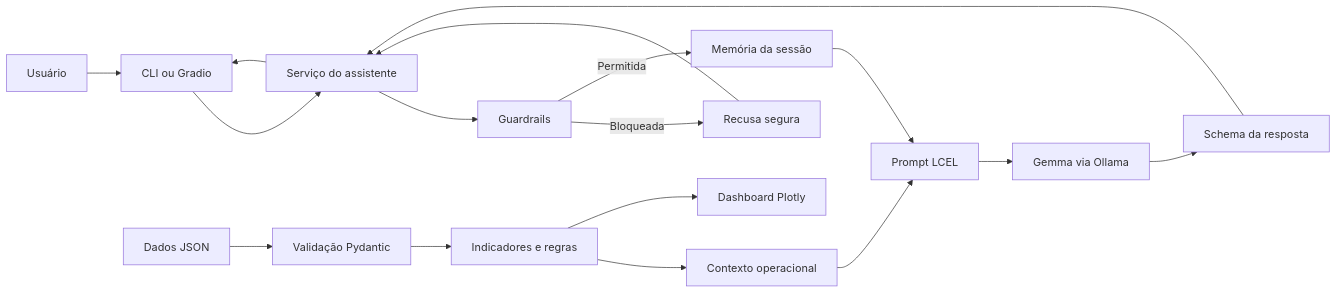
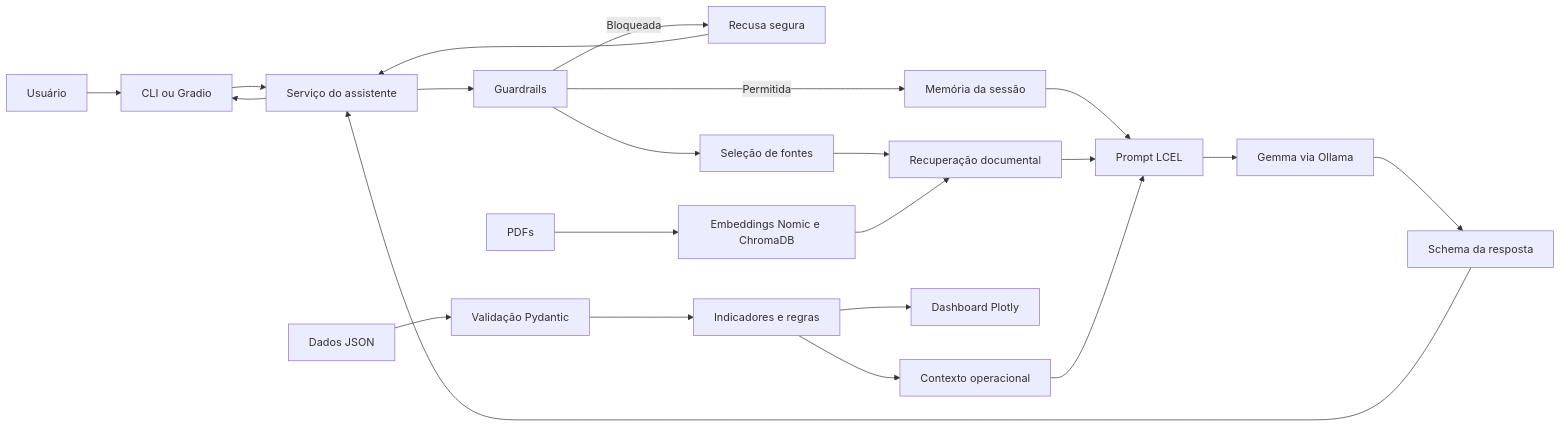
Before and after one commit to luigiborghetif/ChargeGrid-Intelligence-Prompt-AI-Team7-1CCA-FIAP: the diagram in README.md, drawn with Mermaid. The commit also changed other lines of this file and 15 other files, not shown here.

````diff
--- a/README.md
+++ b/README.md
@@ -30,21 +32,26 @@
 ```mermaid
 flowchart LR
     USER[Usuário] --> UI[CLI ou Gradio]
     UI --> SERVICE[Serviço do assistente]
     SERVICE --> GUARD[Guardrails]
     GUARD -->|Bloqueada| REFUSAL[Recusa segura]
     GUARD -->|Permitida| MEMORY[Memória da sessão]
 
     JSON[Dados JSON] --> VALIDATION[Validação Pydantic]
     VALIDATION --> KPI[Indicadores e regras]
     KPI --> CONTEXT[Contexto operacional]
     KPI --> DASH[Dashboard Plotly]
 
     MEMORY --> CHAIN[Prompt LCEL]
+    GUARD --> ROUTE[Seleção de fontes]
+    ROUTE --> RETRIEVER[Recuperação documental]
+    PDF[PDFs] --> CHROMA[Embeddings Nomic e ChromaDB]
+    CHROMA --> RETRIEVER
+    RETRIEVER --> CHAIN
     CONTEXT --> CHAIN
     CHAIN --> OLLAMA[Gemma via Ollama]
     OLLAMA --> SCHEMA[Schema da resposta]
     SCHEMA --> SERVICE
     REFUSAL --> SERVICE
     SERVICE --> UI
 ```
````
